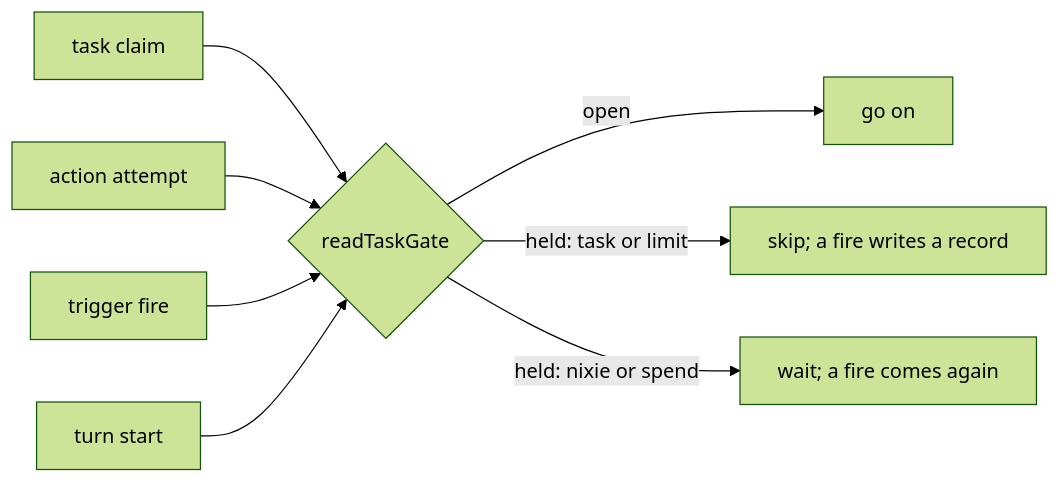
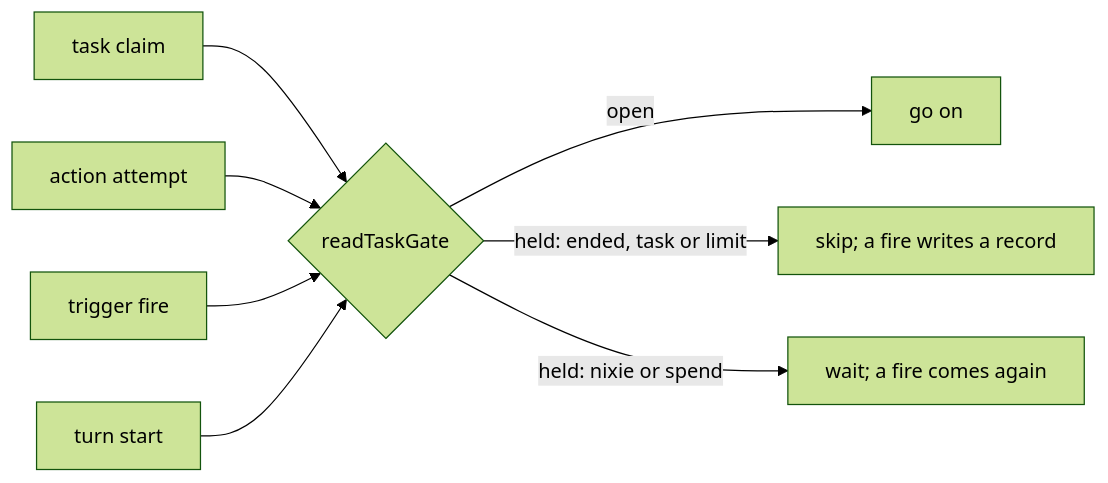
The diagram in docs/design/queue/task-gate.md (zgeoff/nixie), drawn with Mermaid (forest theme) before and after one commit. The commit also changed other lines of this file, not shown here.

Commit message:
docs(design): answer the skim test on the task gate

````diff
--- a/docs/design/queue/task-gate.md
+++ b/docs/design/queue/task-gate.md
@@ -21,10 +21,10 @@
 ```mermaid
 flowchart LR
   claim[task claim] --> gate{readTaskGate}
   attempt[action attempt] --> gate
   fire[trigger fire] --> gate
   turn[turn start] --> gate
   gate -->|"open"| go[go on]
-  gate -->|"held: task or limit"| skip[skip; a fire writes a record]
+  gate -->|"held: ended, task or limit"| skip[skip; a fire writes a record]
   gate -->|"held: nixie or spend"| wait[wait; a fire comes again]
 ```
````
